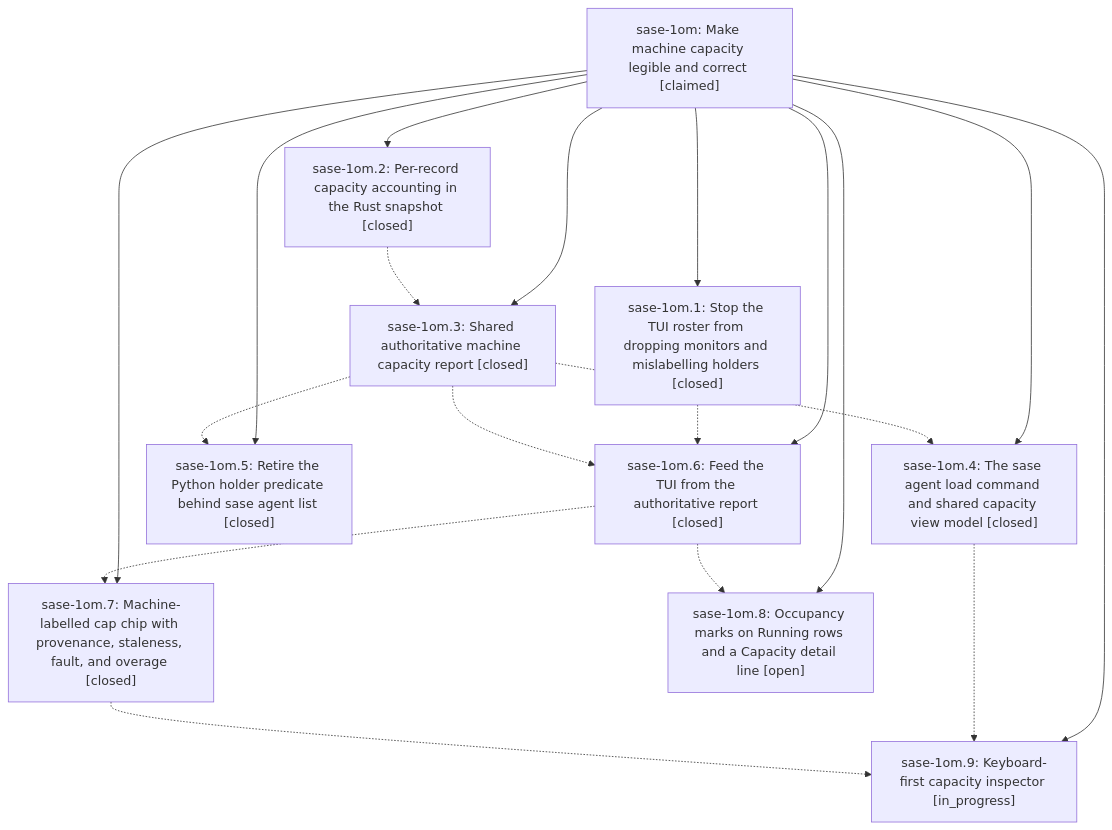
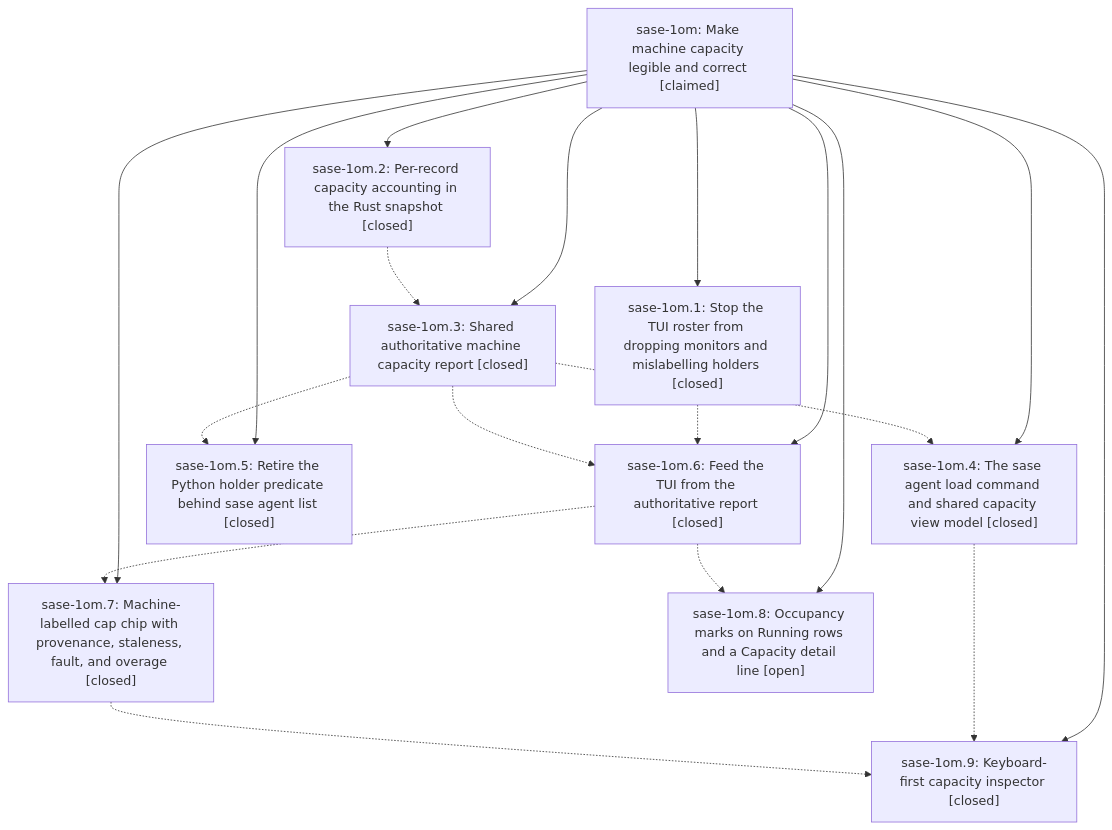
The diagram in pages/sase-1om/README.md (sase-org/sase--beads), drawn with Mermaid before and after one commit. The commit also changed other lines of this file and 4 other files, not shown here.

````diff
--- a/pages/sase-1om/README.md
+++ b/pages/sase-1om/README.md
@@ -44,31 +44,31 @@
 ```mermaid
 flowchart TD
     n0["sase-1om: Make machine capacity legible and correct [claimed]"]
     n1["sase-1om.1: Stop the TUI roster from dropping monitors and mislabelling holders [closed]"]
     n2["sase-1om.2: Per-record capacity accounting in the Rust snapshot [closed]"]
     n3["sase-1om.3: Shared authoritative machine capacity report [closed]"]
     n4["sase-1om.4: The sase agent load command and shared capacity view model [closed]"]
     n5["sase-1om.5: Retire the Python holder predicate behind sase agent list [closed]"]
     n6["sase-1om.6: Feed the TUI from the authoritative report [closed]"]
     n7["sase-1om.7: Machine-labelled cap chip with provenance, staleness, fault, and overage [closed]"]
     n8["sase-1om.8: Occupancy marks on Running rows and a Capacity detail line [open]"]
-    n9["sase-1om.9: Keyboard-first capacity inspector [in_progress]"]
+    n9["sase-1om.9: Keyboard-first capacity inspector [closed]"]
     n0 --> n1
     n0 --> n2
     n0 --> n3
     n0 --> n4
     n0 --> n5
     n0 --> n6
     n0 --> n7
     n0 --> n8
     n0 --> n9
     n1 -.-> n6
     n2 -.-> n3
     n3 -.-> n4
     n3 -.-> n5
     n3 -.-> n6
     n4 -.-> n9
     n6 -.-> n7
     n6 -.-> n8
     n7 -.-> n9
 ```
````
